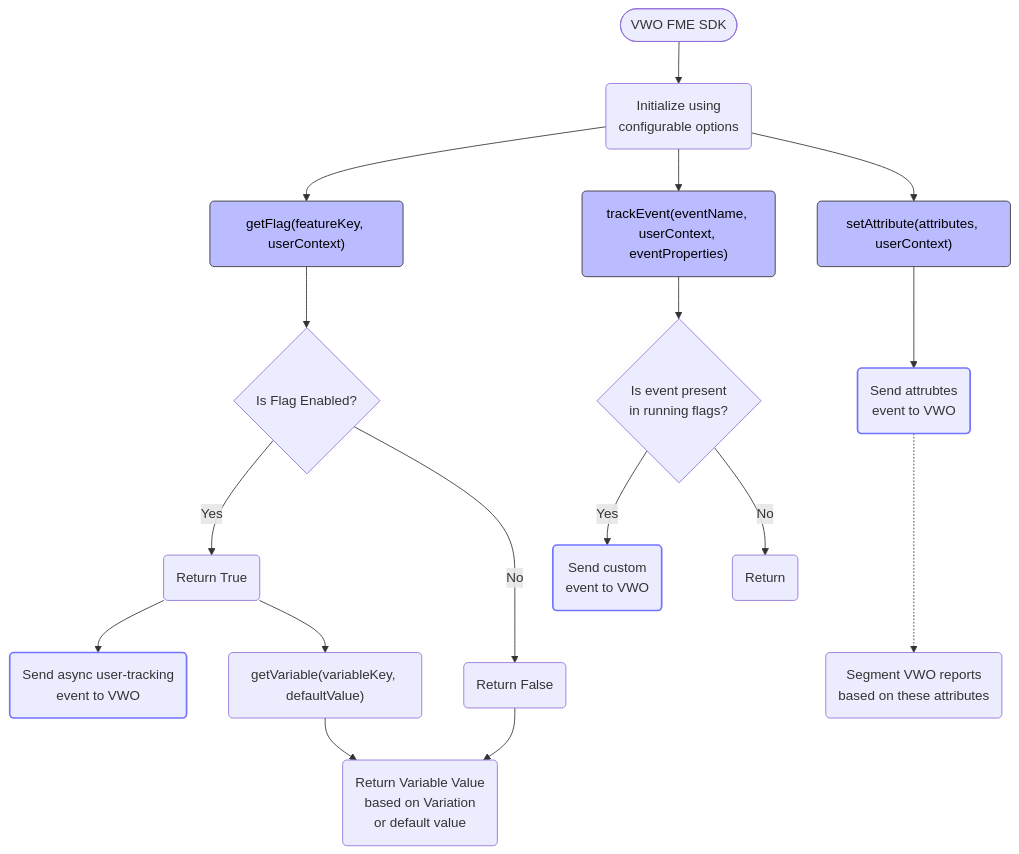
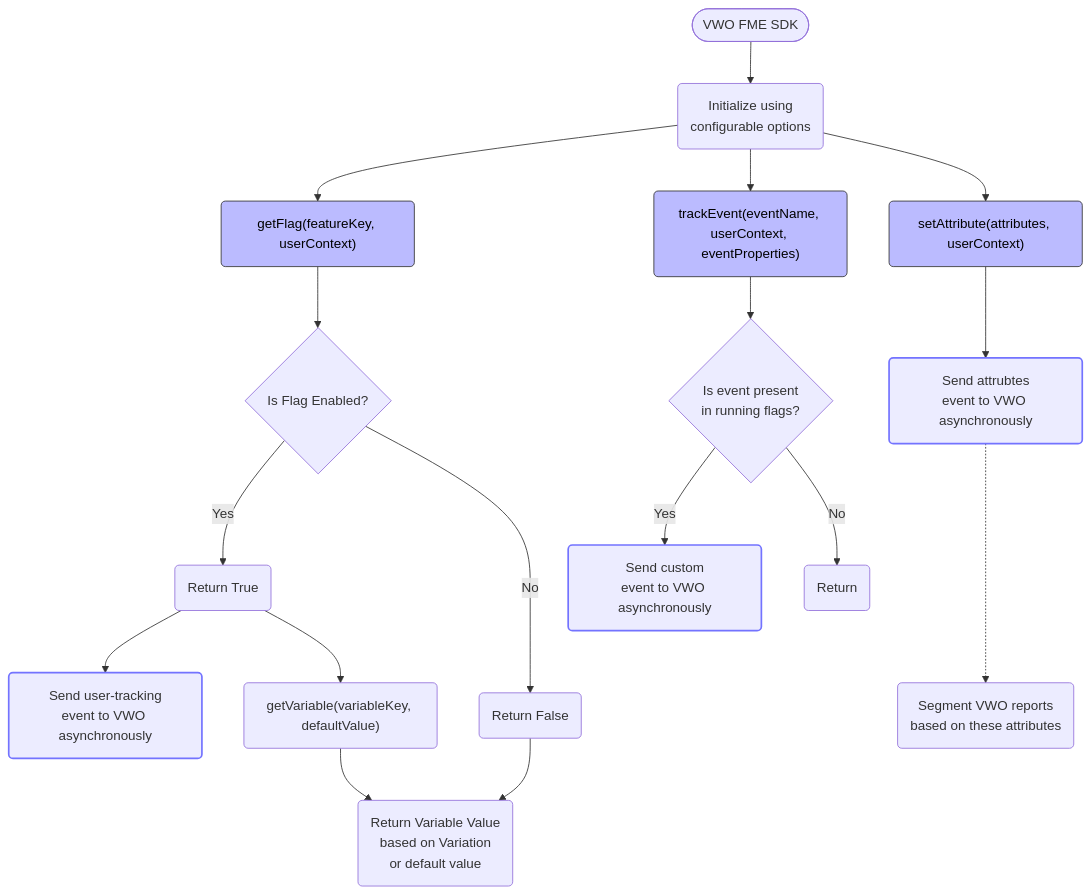
The diagram in docs/SDK Reference/fme-sdks-working.md (wingify/readme-central), drawn with Mermaid before and after one commit.

Commit message:
Update doc `fme-sdks-working`

````diff
--- a/docs/SDK Reference/fme-sdks-working.md
+++ b/docs/SDK Reference/fme-sdks-working.md
@@ -8,40 +8,40 @@
 ```mermaid
 flowchart TD
     A0(["VWO FME SDK"]) --> A("Initialize using<br/>configurable options")
     A --> Y("getFlag(featureKey, userContext)")
     A --> X("trackEvent(eventName, userContext, eventProperties)")
     A --> Z("setAttribute(attributes, userContext)")
 
     %% getFlag & getVariable Flow
     Y --> Y1{"Is Flag Enabled?"}
     Y1 -- Yes --> Y2("Return True")
     Y1 -- No --> Y4("Return False")
-    Y2 --> Y22("Send async user-tracking<br/>event to VWO")
+    Y2 --> Y22("Send user-tracking<br/>event to VWO asynchronously")
     Y2 --> Y3("getVariable(variableKey, defaultValue)")
     Y3 --> Y5("Return Variable Value<br/>based on Variation<br/>or default value")
     Y4 --> Y5
 
     %% trackEvent Flow
     X --> X1{"Is event present<br/>in running flags?"}
-    X1 -- Yes --> X2("Send custom<br/>event to VWO")
+    X1 -- Yes --> X2("Send custom<br/>event to VWO asynchronously")
     X1 -- No --> X3("Return")
 
     %% setAttribute Flow
-    Z --> Z1("Send attrubtes<br/>event to VWO")
+    Z --> Z1("Send attrubtes<br/>event to VWO asynchronously")
     Z1 ..-> Z2("Segment VWO reports<br/>based on these attributes")
 
     %% Assign classes
     class Y getFlag
     class X trackEvent
     class Z setAttribute
 
     %% Define styles
     classDef getFlag fill:#bbf,stroke:#333,stroke-width:1px,color:#000
     classDef trackEvent fill:#bbf,stroke:#333,stroke-width:1px,color:#000
     classDef setAttribute fill:#bbf,stroke:#333,stroke-width:1px,color:#000
 
     style X2 stroke:#7373ff,stroke-width:2px
     style Y22 stroke:#7373ff,stroke-width:2px
     style Z1 stroke:#7373ff,stroke-width:2px
 
 ```
````
